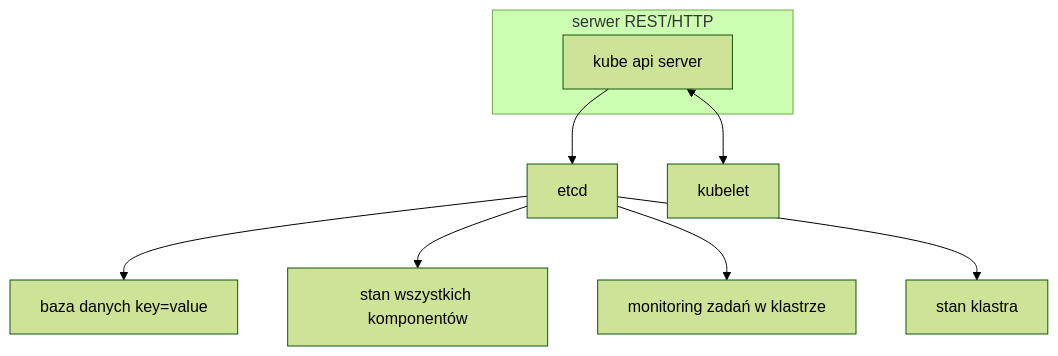
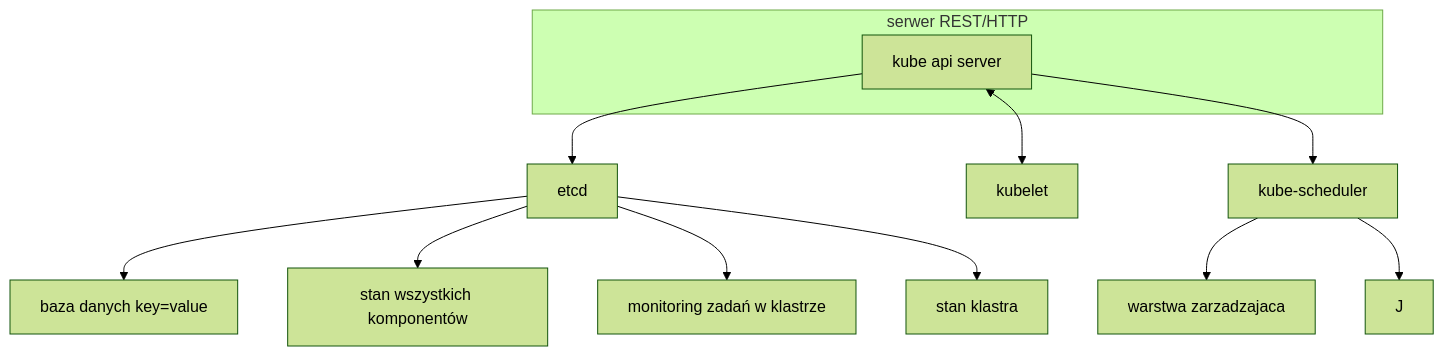
One commit to DanyAAD90/k8s_understanding changed the diagram in README.md. Above: the diagram before and after it, drawn with Mermaid (forest theme).

````diff
--- a/README.md
+++ b/README.md
@@ -4,12 +4,15 @@
 ```mermaid
 flowchart TD
 A[kube api server] --> B[etcd]
 A <--> C[kubelet]
 B --> D[baza danych key=value]
 B --> E[stan wszystkich komponentów]
 B --> F[monitoring zadań w klastrze]
 B --> G[stan klastra]
+A --> H[kube-scheduler]
+H --> I[warstwa zarzadzajaca]
+H --> J
 subgraph serwer REST/HTTP
 A
 end
 ```
````
